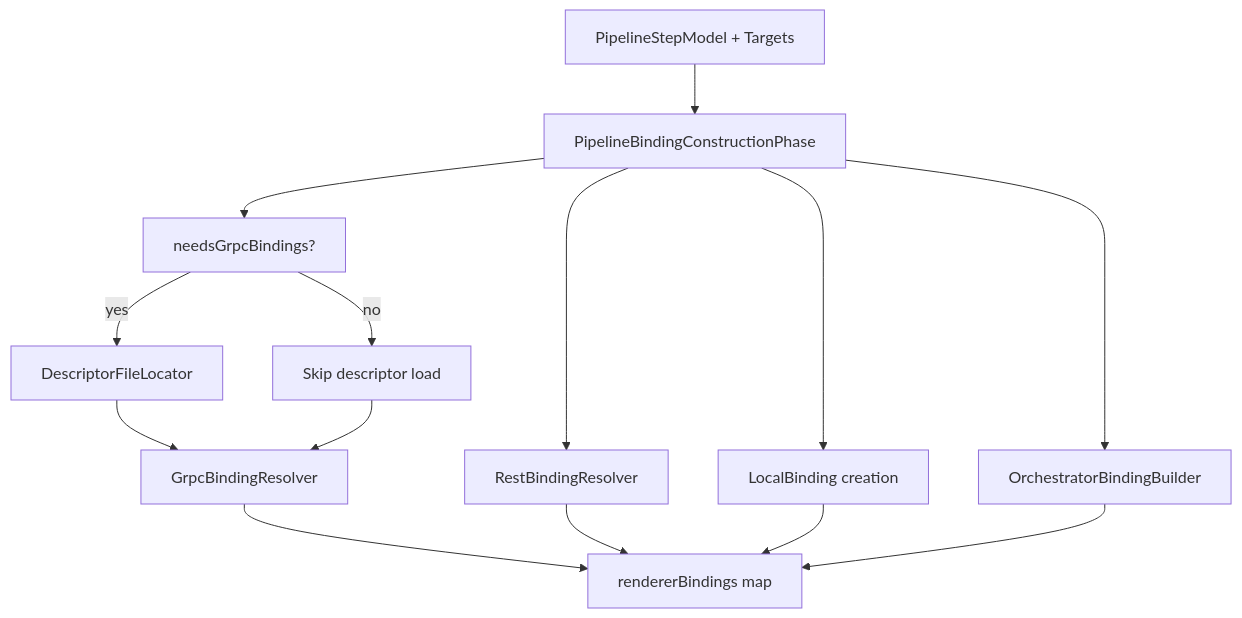
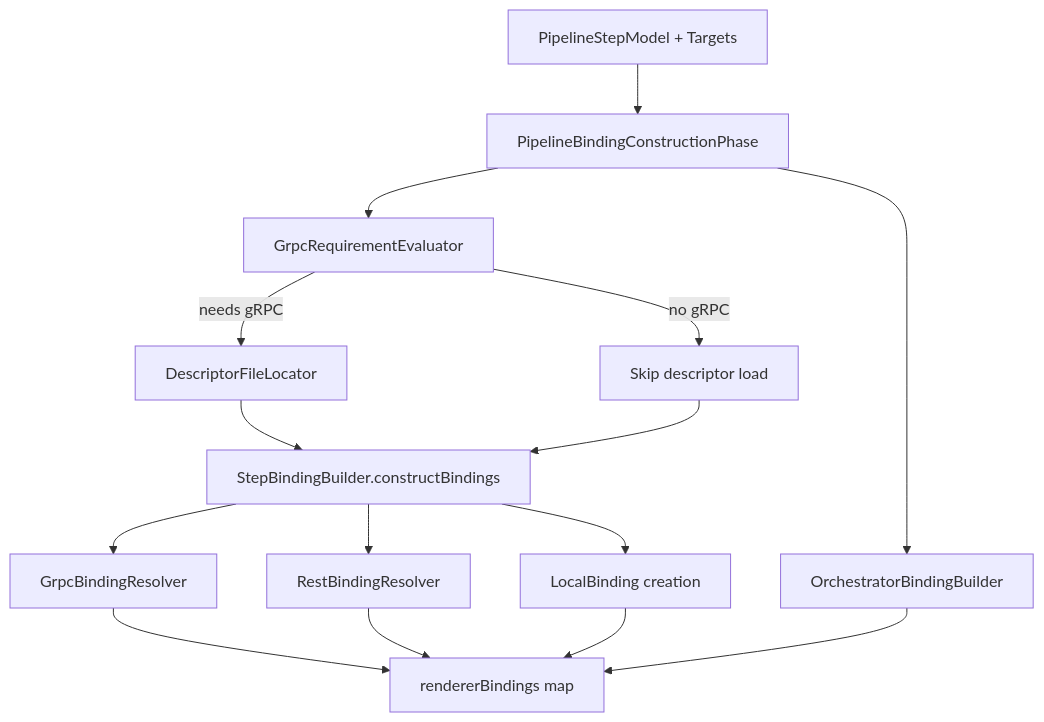
Before and after one commit to The-Pipeline-Framework/pipelineframework: the diagram in docs/guide/evolve/annotation-processor/models-and-bindings.md, drawn with Mermaid. The commit also changed other lines of this file and 25 other files, not shown here.

````diff
--- a/docs/guide/evolve/annotation-processor/models-and-bindings.md
+++ b/docs/guide/evolve/annotation-processor/models-and-bindings.md
@@ -46,16 +46,17 @@
 ```mermaid
 flowchart TD
     A["PipelineStepModel + Targets"] --> B["PipelineBindingConstructionPhase"]
-    B --> C["needsGrpcBindings?"]
-    C -->|yes| D["DescriptorFileLocator"]
-    C -->|no| E["Skip descriptor load"]
-    D --> F["GrpcBindingResolver"]
+    B --> C["GrpcRequirementEvaluator"]
+    C -->|needs gRPC| D["DescriptorFileLocator"]
+    C -->|no gRPC| E["Skip descriptor load"]
+    D --> F["StepBindingBuilder.constructBindings"]
     E --> F
-    B --> G["RestBindingResolver"]
-    B --> H["LocalBinding creation"]
-    B --> I["OrchestratorBindingBuilder"]
-    F --> J["rendererBindings map"]
-    G --> J
-    H --> J
-    I --> J
+    F --> G["GrpcBindingResolver"]
+    F --> H["RestBindingResolver"]
+    F --> I["LocalBinding creation"]
+    B --> J["OrchestratorBindingBuilder"]
+    G --> K["rendererBindings map"]
+    H --> K
+    I --> K
+    J --> K
 ```
````
